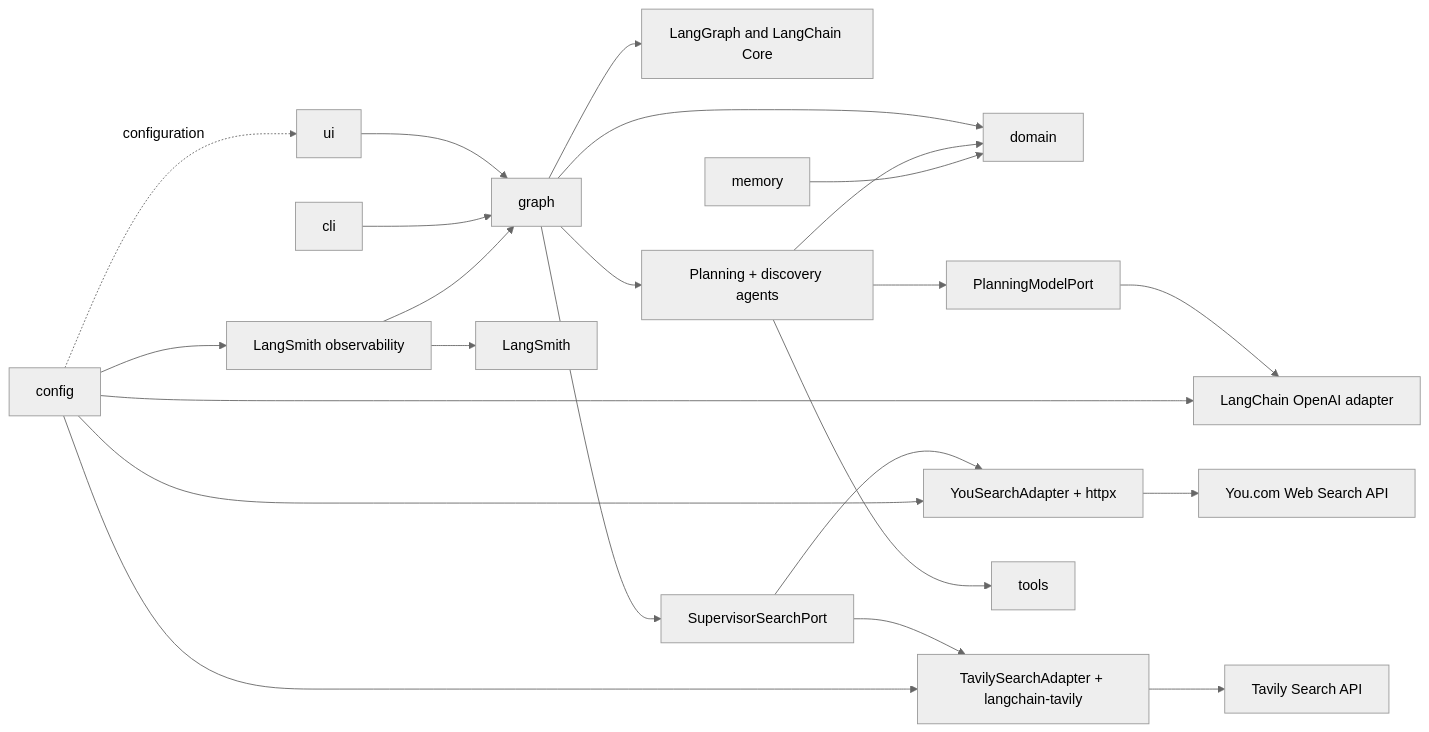
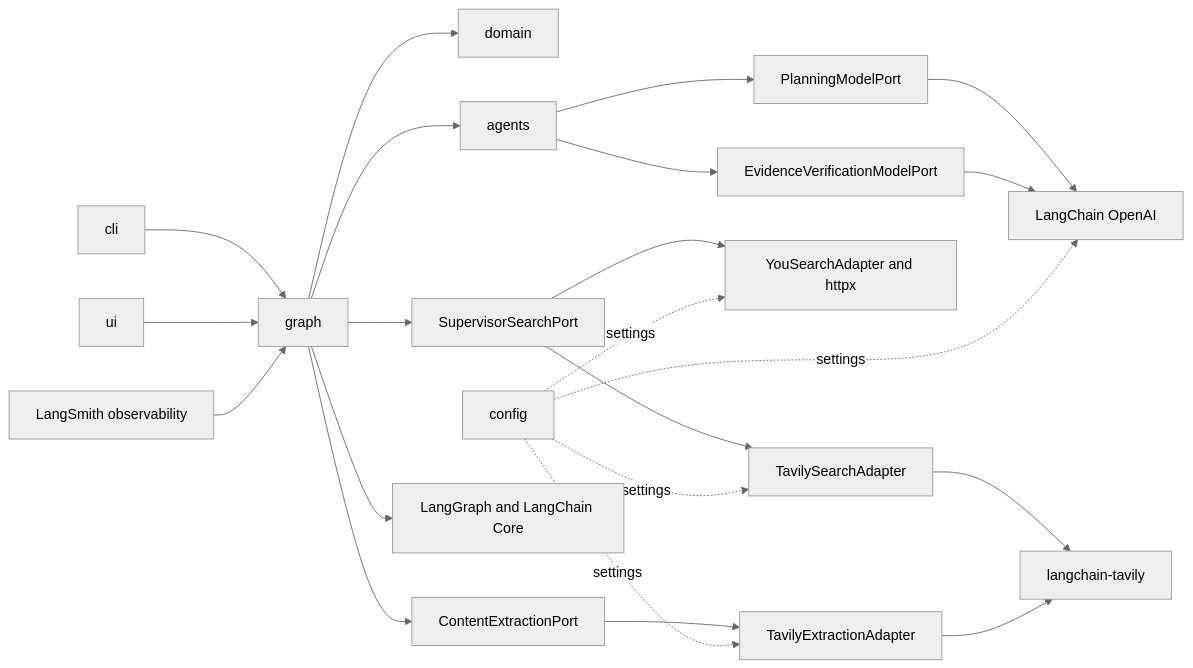
Diagram 14 of 14 in projects/scholar-path/docs/architecture.md (shanly-rajan/ai-builder), drawn with Mermaid (neutral theme) before and after one commit. The commit also changed other lines of this file and 57 other files, not shown here.

Commit message:
feat: add Supervisor evidence extraction and verification

````diff
--- a/projects/scholar-path/docs/architecture.md
+++ b/projects/scholar-path/docs/architecture.md
@@ -419,25 +463,24 @@
 ```mermaid
 flowchart LR
-    UI[ui] --> GRAPH[graph]
-    CLI[cli] --> GRAPH
+    CLI[cli] --> GRAPH[graph]
+    UI[ui] --> GRAPH
+    GRAPH --> DOMAIN[domain]
+    GRAPH --> AGENTS[agents]
+    GRAPH --> SEARCHPORT[SupervisorSearchPort]
+    GRAPH --> CONTENTPORT[ContentExtractionPort]
+    AGENTS --> PLANPORT[PlanningModelPort]
+    AGENTS --> EVIDENCEPORT[EvidenceVerificationModelPort]
+    PLANPORT --> OPENAI[LangChain OpenAI]
+    EVIDENCEPORT --> OPENAI
+    SEARCHPORT --> YOU[YouSearchAdapter and httpx]
+    SEARCHPORT --> TSEARCH[TavilySearchAdapter]
+    CONTENTPORT --> TEXTRACT[TavilyExtractionAdapter]
+    TSEARCH --> TSDK[langchain-tavily]
+    TEXTRACT --> TSDK
     GRAPH --> LANGGRAPH[LangGraph and LangChain Core]
-    GRAPH --> DOMAIN[domain]
-    GRAPH --> AGENTS[Planning + discovery agents]
-    AGENTS --> MODELPORT[PlanningModelPort]
-    MODELPORT --> OPENAI[LangChain OpenAI adapter]
-    GRAPH --> SEARCHPORT[SupervisorSearchPort]
-    SEARCHPORT --> YOU[YouSearchAdapter + httpx]
-    YOU --> YDC[You.com Web Search API]
-    SEARCHPORT --> TAVILY[TavilySearchAdapter + langchain-tavily]
-    TAVILY --> TAVAPI[Tavily Search API]
-    AGENTS --> DOMAIN
-    AGENTS --> TOOLS[tools]
-    MEMORY[memory] --> DOMAIN
     OBS[LangSmith observability] --> GRAPH
-    OBS --> LANGSMITH[LangSmith]
-    CONFIG[config] -. configuration .-> UI
-    CONFIG --> OPENAI
-    CONFIG --> YOU
-    CONFIG --> TAVILY
-    CONFIG --> OBS
+    CONFIG[config] -. settings .-> OPENAI
+    CONFIG -. settings .-> YOU
+    CONFIG -. settings .-> TSEARCH
+    CONFIG -. settings .-> TEXTRACT
 ```
````
